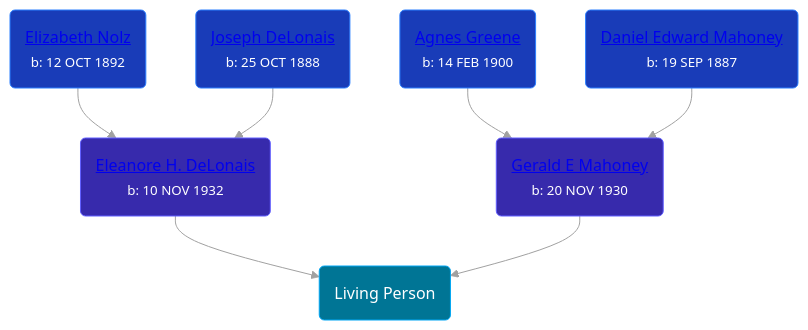
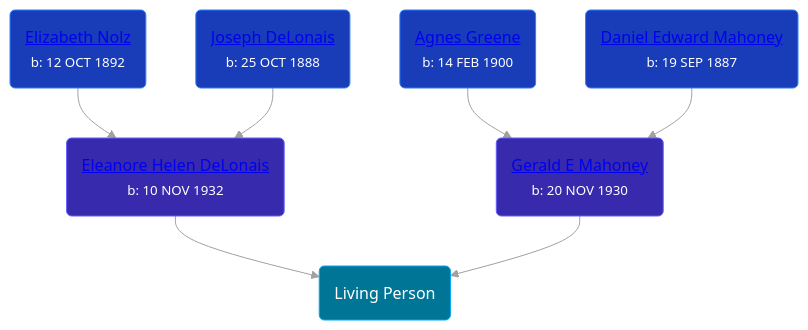
Before and after one commit to wpmgotkh/wpmgotkh.github.io: the diagram in pages/people/6/6203854.md, drawn with Mermaid. The commit also changed other lines of this file and 213 other files, not shown here.

````diff
--- a/pages/people/6/6203854.md
+++ b/pages/people/6/6203854.md
@@ -10,14 +10,14 @@
 ```mermaid
 graph
 classDef grands fill:#193cb8,stroke:#2b7fff,stroke-width:1px,color:#fff;
 classDef parents fill:#372aac,stroke:#615fff,stroke-width:1px,color:#fff;
 classDef primary fill:#007595,stroke:#00a6f4,stroke-width:1px,color:#fff;
 6203854(Living Person):::primary
-45463626(<a class="text-white" href="/people/4/45463626">Eleanore H. DeLonais</a><br /><small>b: 10 NOV 1932</small>):::parents-->6203854
+45463626(<a class="text-white" href="/people/4/45463626">Eleanore Helen DeLonais</a><br /><small>b: 10 NOV 1932</small>):::parents-->6203854
 37387446(<a class="text-white" href="/people/3/37387446">Elizabeth Nolz</a><br /><small>b: 12 OCT 1892</small>):::grands-->45463626
 72748828(<a class="text-white" href="/people/7/72748828">Joseph DeLonais</a><br /><small>b: 25 OCT 1888</small>):::grands-->45463626
 10062624(<a class="text-white" href="/people/1/10062624">Gerald E Mahoney</a><br /><small>b: 20 NOV 1930</small>):::parents-->6203854
 15565254(<a class="text-white" href="/people/1/15565254">Agnes Greene</a><br /><small>b: 14 FEB 1900</small>):::grands-->10062624
 24117676(<a class="text-white" href="/people/2/24117676">Daniel Edward Mahoney</a><br /><small>b: 19 SEP 1887</small>):::grands-->10062624
 linkStyle default stroke:#a1a1a1
 ```
````
